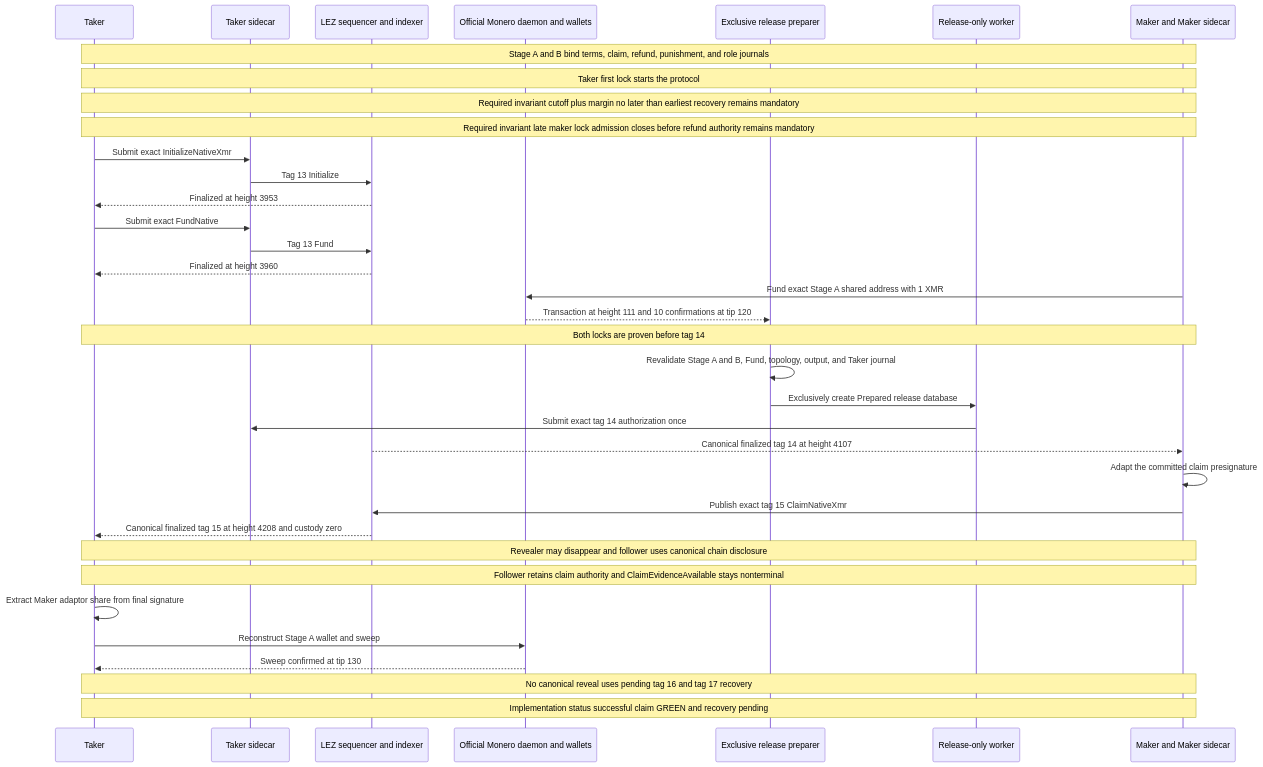
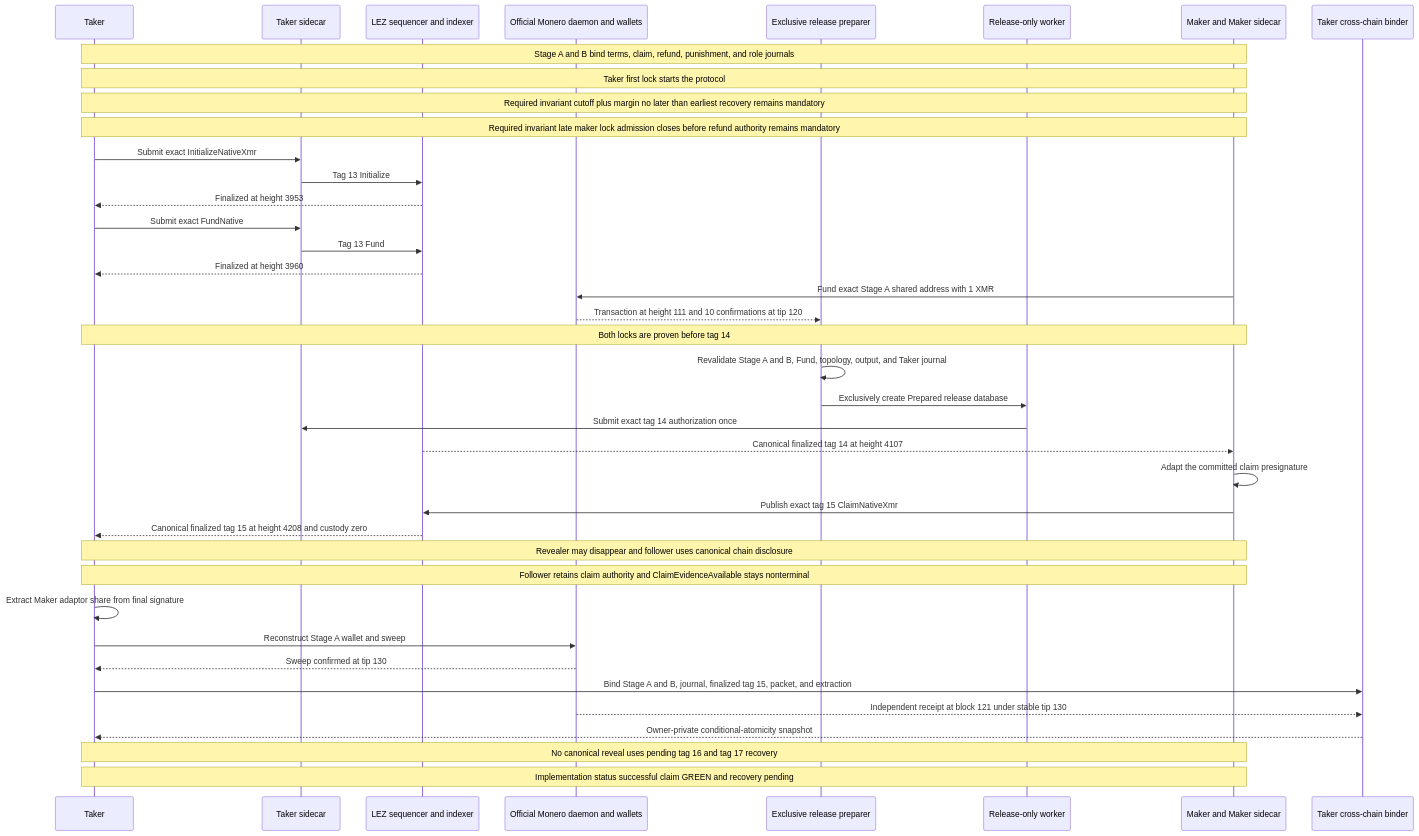
One commit to gateway-fm/lez-atomic-swaps changed diagram 21 of 27 in docs/architecture/system-architecture.md. Above: the diagram before and after it, drawn with Mermaid. The commit also changed other lines of this file and 12 other files, not shown here.

````diff
--- a/docs/architecture/system-architecture.md
+++ b/docs/architecture/system-architecture.md
@@ -2166,38 +2173,42 @@
 ```mermaid
 sequenceDiagram
     participant T as Taker
     participant TS as Taker sidecar
     participant L as LEZ sequencer and indexer
     participant X as Official Monero daemon and wallets
     participant P as Exclusive release preparer
     participant W as Release-only worker
     participant M as Maker and Maker sidecar
+    participant B as Taker cross-chain binder
 
     Note over T,M: Stage A and B bind terms, claim, refund, punishment, and role journals
     Note over T,M: Taker first lock starts the protocol
     Note over T,M: Required invariant cutoff plus margin no later than earliest recovery remains mandatory
     Note over T,M: Required invariant late maker lock admission closes before refund authority remains mandatory
     T->>TS: Submit exact InitializeNativeXmr
     TS->>L: Tag 13 Initialize
     L-->>T: Finalized at height 3953
     T->>TS: Submit exact FundNative
     TS->>L: Tag 13 Fund
     L-->>T: Finalized at height 3960
     M->>X: Fund exact Stage A shared address with 1 XMR
     X-->>P: Transaction at height 111 and 10 confirmations at tip 120
     Note over T,M: Both locks are proven before tag 14
     P->>P: Revalidate Stage A and B, Fund, topology, output, and Taker journal
     P->>W: Exclusively create Prepared release database
     W->>TS: Submit exact tag 14 authorization once
     L-->>M: Canonical finalized tag 14 at height 4107
     M->>M: Adapt the committed claim presignature
     M->>L: Publish exact tag 15 ClaimNativeXmr
     L-->>T: Canonical finalized tag 15 at height 4208 and custody zero
     Note over T,M: Revealer may disappear and follower uses canonical chain disclosure
     Note over T,M: Follower retains claim authority and ClaimEvidenceAvailable stays nonterminal
     T->>T: Extract Maker adaptor share from final signature
     T->>X: Reconstruct Stage A wallet and sweep
     X-->>T: Sweep confirmed at tip 130
+    T->>B: Bind Stage A and B, journal, finalized tag 15, packet, and extraction
+    X-->>B: Independent receipt at block 121 under stable tip 130
+    B-->>T: Owner-private conditional-atomicity snapshot
     Note over T,M: No canonical reveal uses pending tag 16 and tag 17 recovery
     Note over T,M: Implementation status successful claim GREEN and recovery pending
 ```
````
